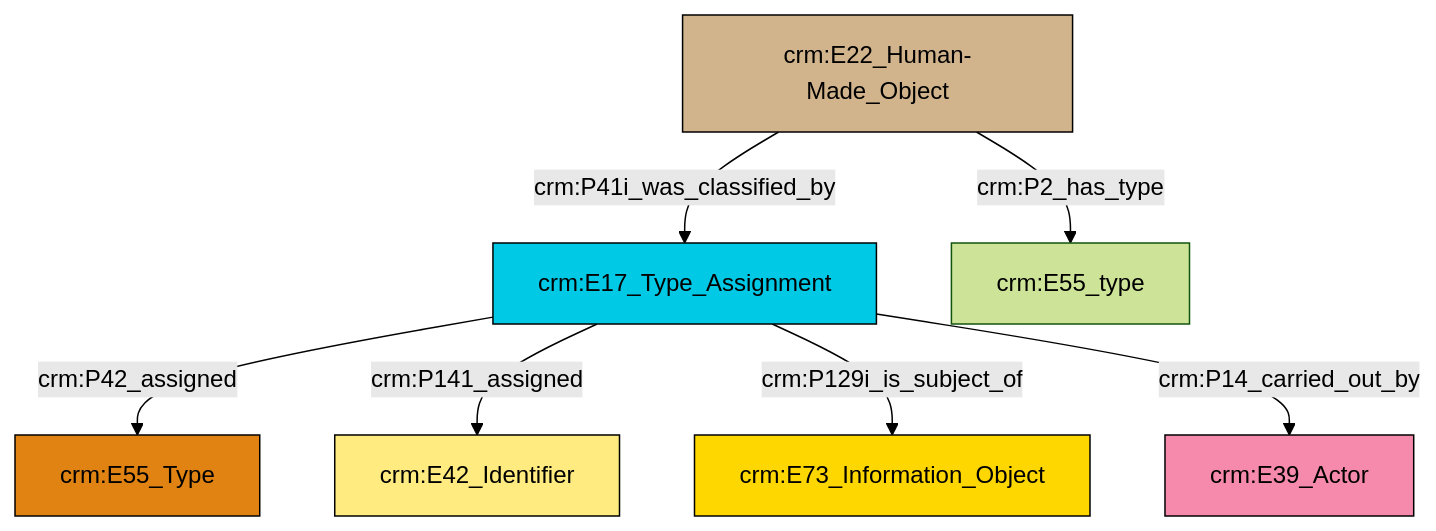
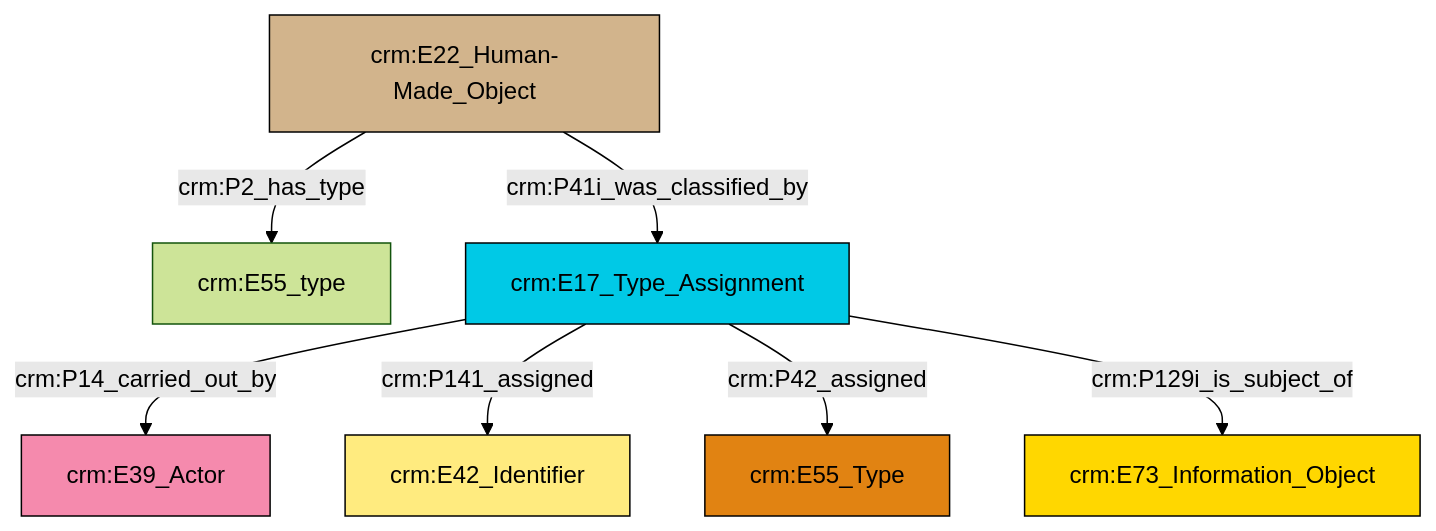
One commit to swiss-art-research-net/reference-data-models changed the diagram in et/builtWorkCSV/ttl/mmd/Built_Work_designation_status.ttl.mmd. Above: the diagram before and after it, drawn with Mermaid (forest theme). The commit also changed 148 other files, not shown here.

```diff
--- a/et/builtWorkCSV/ttl/mmd/Built_Work_designation_status.ttl.mmd
+++ b/et/builtWorkCSV/ttl/mmd/Built_Work_designation_status.ttl.mmd
@@ -1,21 +1,21 @@
 graph TD
 classDef Literal fill:#f2f2f2,stroke:#000000;
 classDef CRM_Entity fill:#FFFFFF,stroke:#000000;
 classDef Temporal_Entity fill:#00C9E6, stroke:#000000;
 classDef Type fill:#E18312, stroke:#000000;
 classDef Time-Span fill:#2C9C91, stroke:#000000;
 classDef Appellation fill:#FFEB7F, stroke:#000000;
 classDef Place fill:#008836, stroke:#000000;
 classDef Persistent_Item fill:#B266B2, stroke:#000000;
 classDef Conceptual_Object fill:#FFD700, stroke:#000000;
 classDef Physical_Thing fill:#D2B48C, stroke:#000000;
 classDef Actor fill:#f58aad, stroke:#000000;
 classDef PC_Classes fill:#4ce600, stroke:#000000;
 classDef Multi fill:#cccccc,stroke:#000000;
 
-4["crm:E17_Type_Assignment"]:::Temporal_Entity -->|crm:P42_assigned| 5["crm:E55_Type"]:::Type
-0["crm:E22_Human-Made_Object"]:::Physical_Thing -->|crm:P2_has_type| 7["crm:E55_type"]:::Default
-0["crm:E22_Human-Made_Object"]:::Physical_Thing -->|crm:P41i_was_classified_by| 4["crm:E17_Type_Assignment"]:::Temporal_Entity
-4["crm:E17_Type_Assignment"]:::Temporal_Entity -->|crm:P141_assigned| 8["crm:E42_Identifier"]:::Appellation
-4["crm:E17_Type_Assignment"]:::Temporal_Entity -->|crm:P129i_is_subject_of| 2["crm:E73_Information_Object"]:::Conceptual_Object
-4["crm:E17_Type_Assignment"]:::Temporal_Entity -->|crm:P14_carried_out_by| 11["crm:E39_Actor"]:::Actor
+0["crm:E22_Human-Made_Object"]:::Physical_Thing -->|crm:P2_has_type| 1["crm:E55_type"]:::Default
+0["crm:E22_Human-Made_Object"]:::Physical_Thing -->|crm:P41i_was_classified_by| 2["crm:E17_Type_Assignment"]:::Temporal_Entity
+2["crm:E17_Type_Assignment"]:::Temporal_Entity -->|crm:P14_carried_out_by| 8["crm:E39_Actor"]:::Actor
+2["crm:E17_Type_Assignment"]:::Temporal_Entity -->|crm:P141_assigned| 6["crm:E42_Identifier"]:::Appellation
+2["crm:E17_Type_Assignment"]:::Temporal_Entity -->|crm:P42_assigned| 4["crm:E55_Type"]:::Type
+2["crm:E17_Type_Assignment"]:::Temporal_Entity -->|crm:P129i_is_subject_of| 10["crm:E73_Information_Object"]:::Conceptual_Object
```
